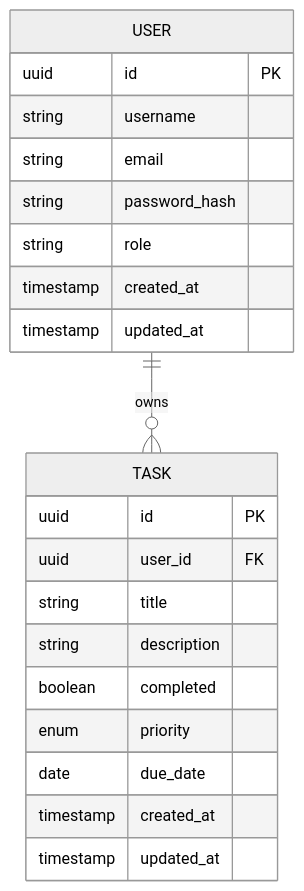
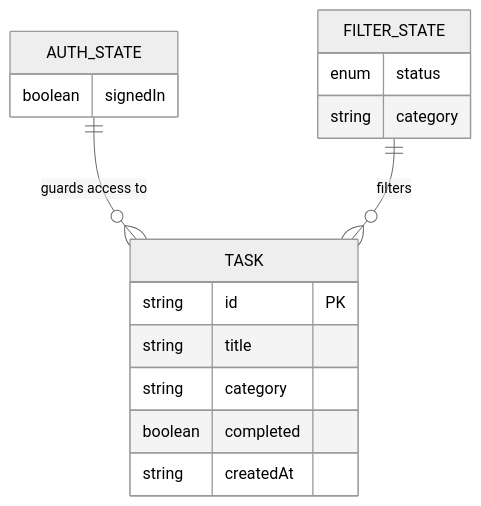
The first of 6 diagrams in LLD.md (nabia-debug/ReactJS-ToDoList), drawn with Mermaid (neutral theme) before and after one commit. The commit also changed other lines of this file, not shown here.

Commit message:
docs: update LLD.md aligned with task manager-React epic

````diff
--- a/LLD.md
+++ b/LLD.md
@@ -22,24 +54,19 @@
 ```mermaid
 erDiagram
-    USER {
-        uuid id PK
-        string username
-        string email
-        string password_hash
-        string role
-        timestamp created_at
-        timestamp updated_at
+    TASK {
+        string id PK
+        string title
+        string category
+        boolean completed
+        string createdAt
     }
-    TASK {
-        uuid id PK
-        uuid user_id FK
-        string title
-        string description
-        boolean completed
-        enum priority
-        date due_date
-        timestamp created_at
-        timestamp updated_at
+    AUTH_STATE {
+        boolean signedIn
     }
-    USER ||--o{ TASK : "owns"
+    FILTER_STATE {
+        enum status
+        string category
+    }
+    AUTH_STATE  ||--o{ TASK : "guards access to"
+    FILTER_STATE ||--o{ TASK : "filters"
 ```
````
